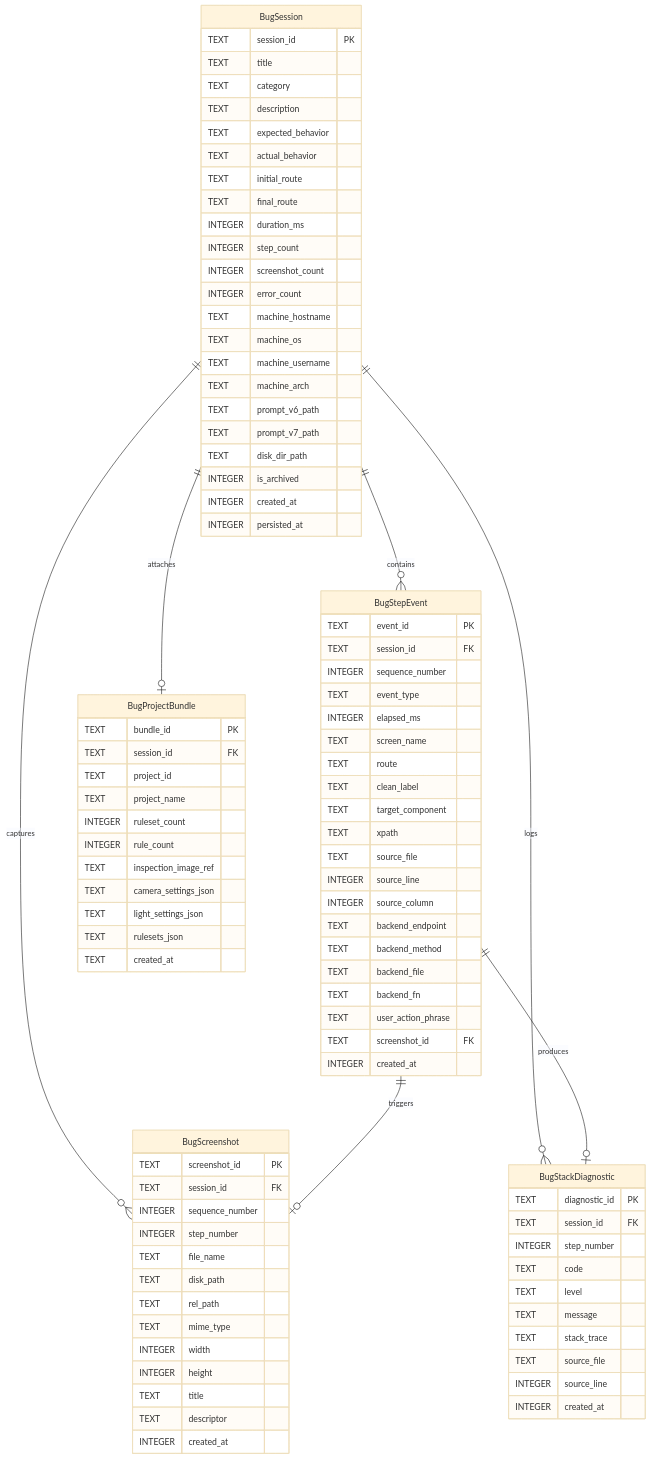
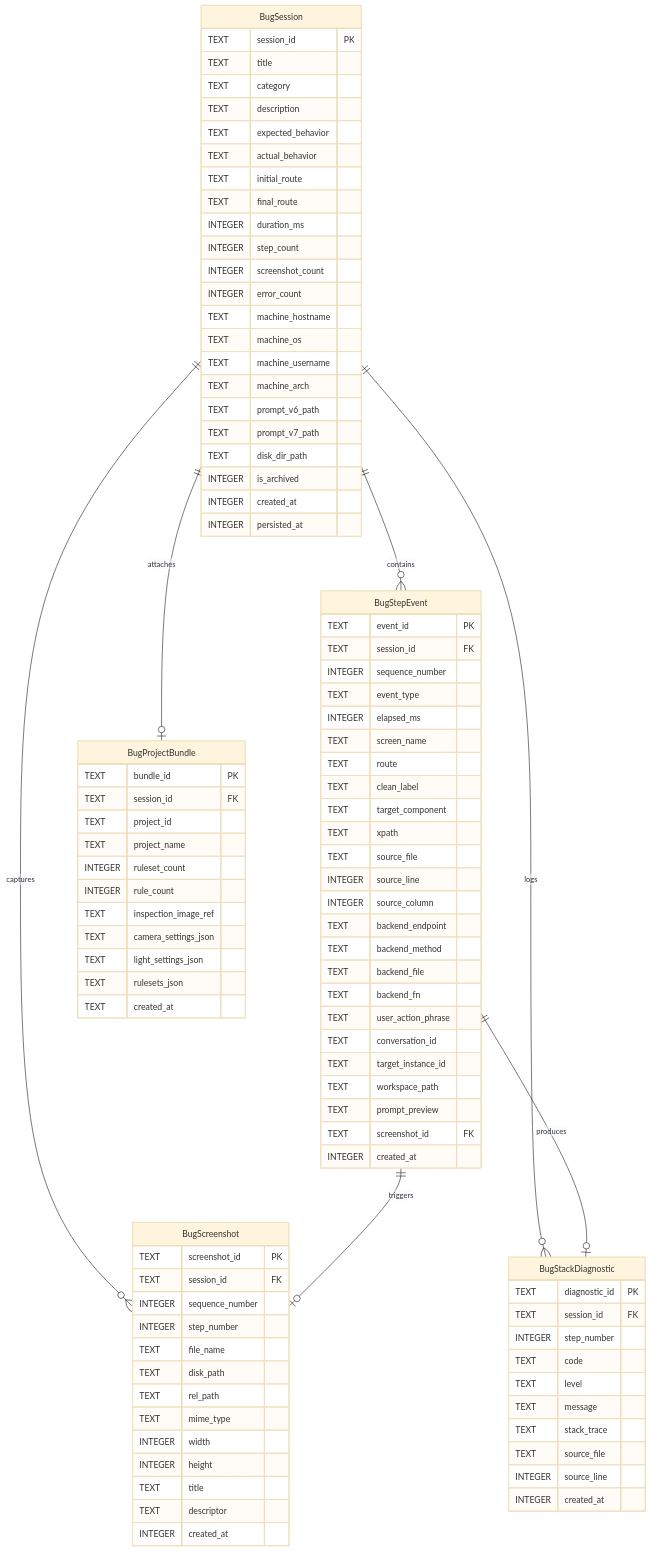
One commit to alimtvnetwork/pathhelper changed the diagram in 02-spec/27-bug-reporting/03-normalized-sqlite-schema.md. Above: the diagram before and after it, drawn with Mermaid (base theme). The commit also changed other lines of this file and 580 other files, not shown here.

```diff
--- a/02-spec/27-bug-reporting/03-normalized-sqlite-schema.md
+++ b/02-spec/27-bug-reporting/03-normalized-sqlite-schema.md
@@ -59,6 +59,10 @@
         TEXT backend_file
         TEXT backend_fn
         TEXT user_action_phrase
+        TEXT conversation_id
+        TEXT target_instance_id
+        TEXT workspace_path
+        TEXT prompt_preview
         TEXT screenshot_id FK
         INTEGER created_at
     }
```
